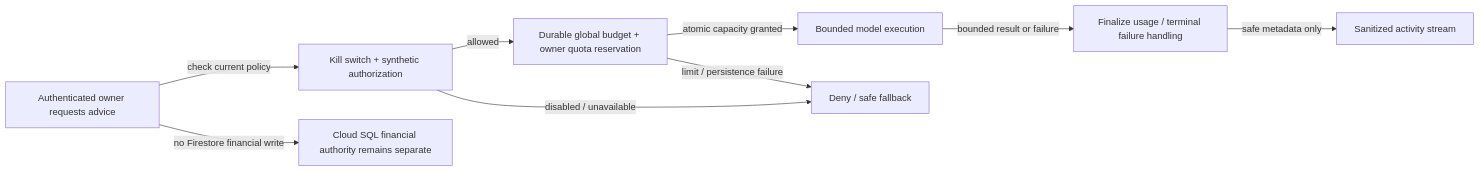
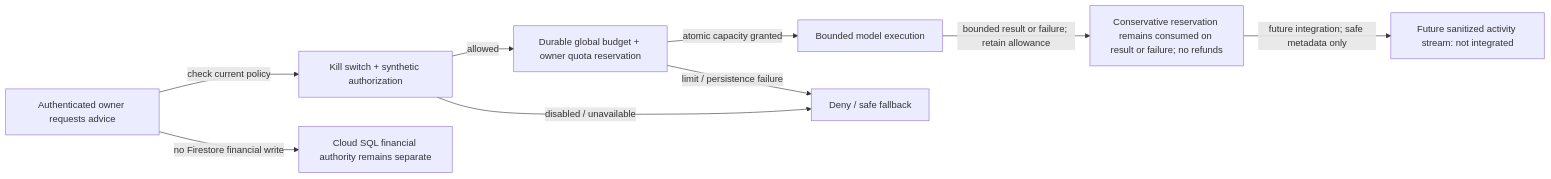
The diagram in docs/architecture-experience/source/firestore-operational-controls.mmd (JEMathew/movers-and-ledgers), drawn with Mermaid before and after one commit. The commit also changed 7 other files, not shown here.

```diff
--- a/docs/architecture-experience/source/firestore-operational-controls.mmd
+++ b/docs/architecture-experience/source/firestore-operational-controls.mmd
@@ -1,17 +1,17 @@
 flowchart LR
   request["Authenticated owner requests advice"]
   kill["Kill switch + synthetic authorization"]
   reservation["Durable global budget + owner quota reservation"]
   model["Bounded model execution"]
-  finalize["Finalize usage / terminal failure handling"]
-  activity["Sanitized activity stream"]
+  finalize["Conservative reservation remains consumed on result or failure; no refunds"]
+  activity["Future sanitized activity stream: not integrated"]
   sql["Cloud SQL financial authority remains separate"]
   deny["Deny / safe fallback"]
   request -->|"check current policy"| kill
   kill -->|"allowed"| reservation
   kill -->|"disabled / unavailable"| deny
   reservation -->|"atomic capacity granted"| model
   reservation -->|"limit / persistence failure"| deny
-  model -->|"bounded result or failure"| finalize
-  finalize -->|"safe metadata only"| activity
+  model -->|"bounded result or failure; retain allowance"| finalize
+  finalize -->|"future integration; safe metadata only"| activity
   request -->|"no Firestore financial write"| sql
```
